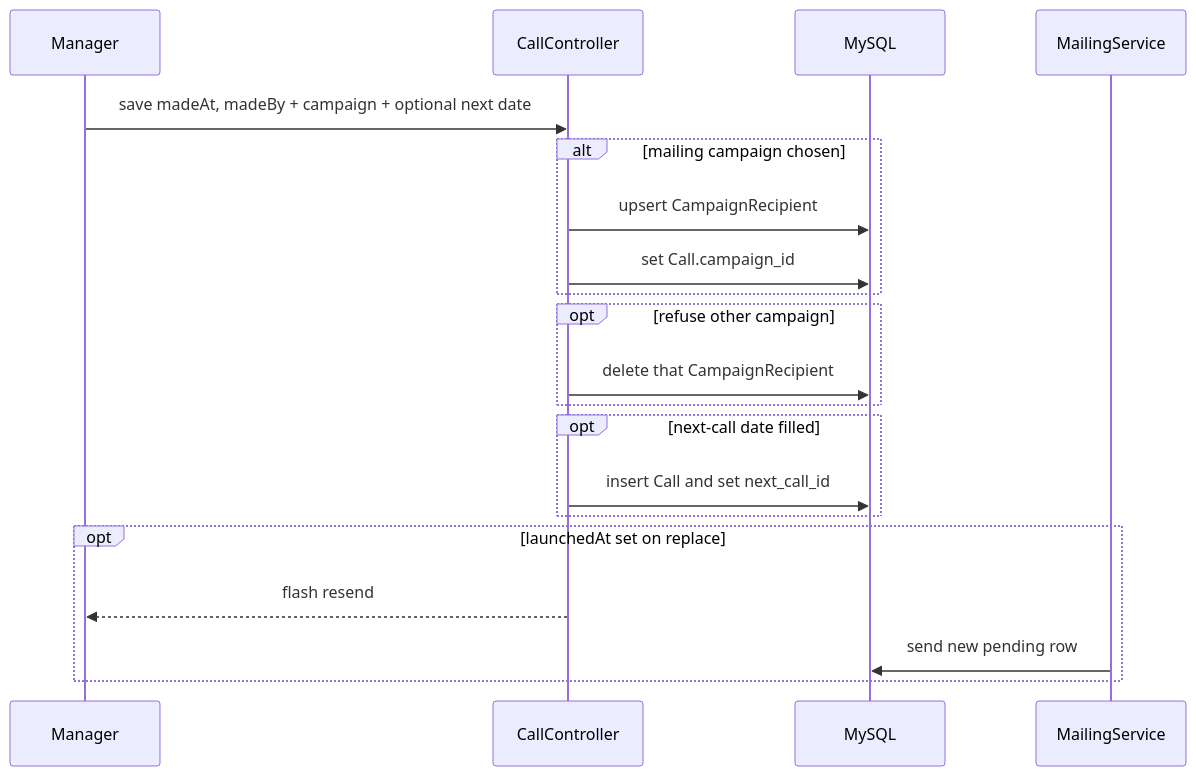
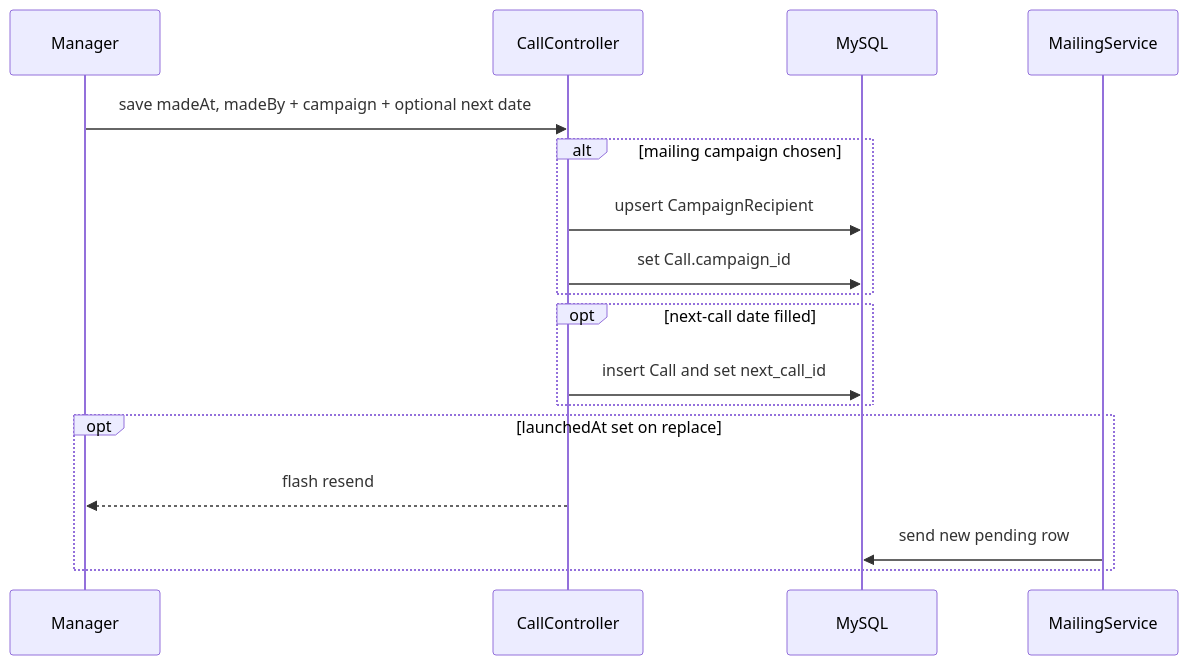
The second of 2 diagrams in openspec/changes/call-result/design.md (AliakseiBurak/crm-b2b-call), drawn with Mermaid before and after one commit. The commit also changed other lines of this file and 6 other files, not shown here.

````diff
--- a/openspec/changes/call-result/design.md
+++ b/openspec/changes/call-result/design.md
@@ -72,23 +74,20 @@
 ```mermaid
 sequenceDiagram
   participant M as Manager
   participant CC as CallController
   participant DB as MySQL
   participant W as MailingService
 
   M->>CC: save madeAt, madeBy + campaign + optional next date
   alt mailing campaign chosen
     CC->>DB: upsert CampaignRecipient
     CC->>DB: set Call.campaign_id
   end
-  opt refuse other campaign
-    CC->>DB: delete that CampaignRecipient
-  end
   opt next-call date filled
     CC->>DB: insert Call and set next_call_id
   end
   opt launchedAt set on replace
     CC-->>M: flash resend
     W->>DB: send new pending row
   end
 ```
````
